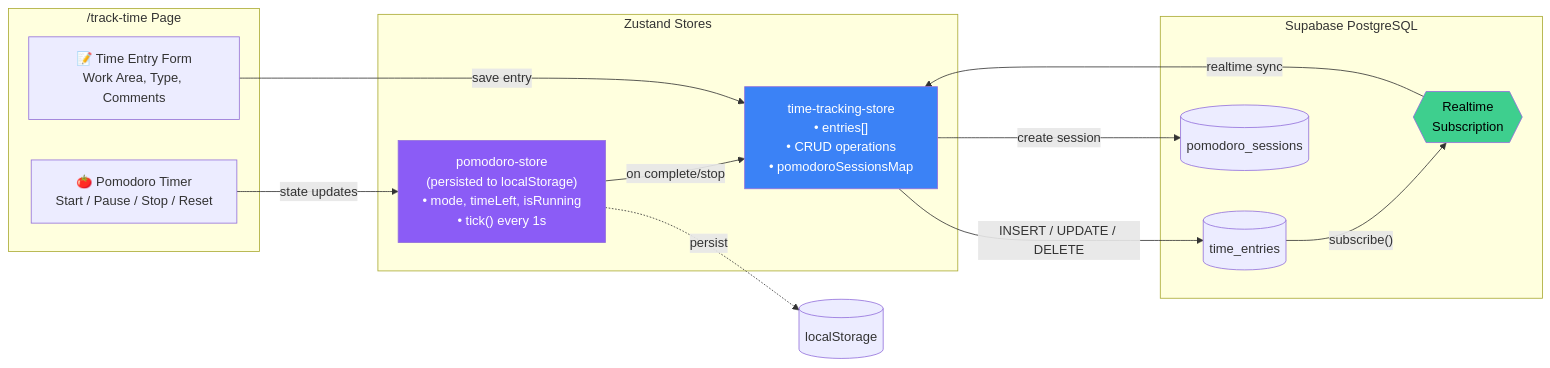
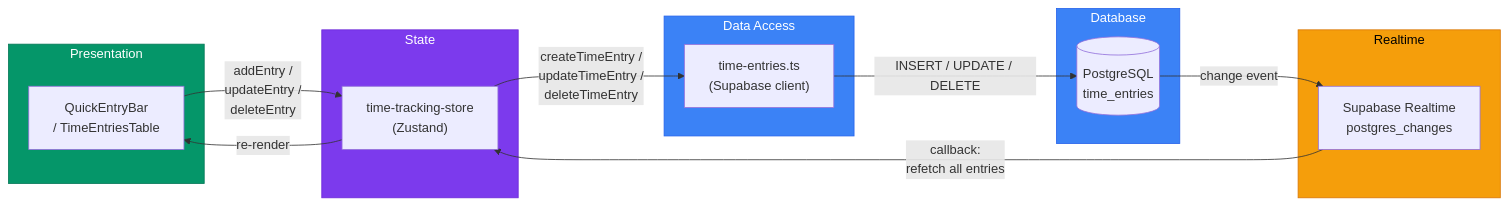
One commit to dipanjandey/Personal-Time-and-Habit-tracking-App changed the third of 7 diagrams in ARCHITECTURE.md. Above: the diagram before and after it, drawn with Mermaid. The commit also changed other lines of this file and 24 other files, not shown here.

````diff
--- a/ARCHITECTURE.md
+++ b/ARCHITECTURE.md
@@ -152,31 +179,35 @@
 ```mermaid
 flowchart LR
-    subgraph UI["/track-time Page"]
-        Timer["🍅 Pomodoro Timer<br/>Start / Pause / Stop / Reset"]
-        Form["📝 Time Entry Form<br/>Work Area, Type, Comments"]
+    subgraph UI ["Presentation"]
+        QEB["QuickEntryBar<br/>/ TimeEntriesTable"]
     end
 
-    subgraph Stores["Zustand Stores"]
-        PStore["pomodoro-store<br/>(persisted to localStorage)<br/>• mode, timeLeft, isRunning<br/>• tick() every 1s"]
-        TStore["time-tracking-store<br/>• entries[]<br/>• CRUD operations<br/>• pomodoroSessionsMap"]
+    subgraph Store ["State"]
+        TTS["time-tracking-store<br/>(Zustand)"]
     end
 
-    subgraph Supabase["Supabase PostgreSQL"]
-        TE[("time_entries")]
-        PS[("pomodoro_sessions")]
-        RT{{"Realtime<br/>Subscription"}}
+    subgraph DAL ["Data Access"]
+        TE["time-entries.ts<br/>(Supabase client)"]
     end
 
-    Timer -->|"state updates"| PStore
-    PStore -->|"on complete/stop"| TStore
-    Form -->|"save entry"| TStore
-    TStore -->|"INSERT / UPDATE / DELETE"| TE
-    TStore -->|"create session"| PS
-    TE -->|"subscribe()"| RT
-    RT -->|"realtime sync"| TStore
-    PStore -.->|"persist"| LS[("localStorage")]
+    subgraph DB ["Database"]
+        PG[("PostgreSQL<br/>time_entries")]
+    end
 
-    style PStore fill:#8b5cf6,color:#fff
-    style TStore fill:#3b82f6,color:#fff
-    style RT fill:#3ecf8e,color:#000
+    subgraph RT ["Realtime"]
+        Sub["Supabase Realtime<br/>postgres_changes"]
+    end
+
+    QEB -->|"addEntry /<br/>updateEntry /<br/>deleteEntry"| TTS
+    TTS -->|"createTimeEntry /<br/>updateTimeEntry /<br/>deleteTimeEntry"| TE
+    TE -->|"INSERT / UPDATE / DELETE"| PG
+    PG -->|"change event"| Sub
+    Sub -->|"callback:<br/>refetch all entries"| TTS
+    TTS -->|"re-render"| QEB
+
+    style UI fill:#059669,stroke:#047857,color:#fff
+    style Store fill:#7c3aed,stroke:#6d28d9,color:#fff
+    style DAL fill:#3b82f6,stroke:#2563eb,color:#fff
+    style DB fill:#3b82f6,stroke:#2563eb,color:#fff
+    style RT fill:#f59e0b,stroke:#d97706,color:#000
 ```
````
